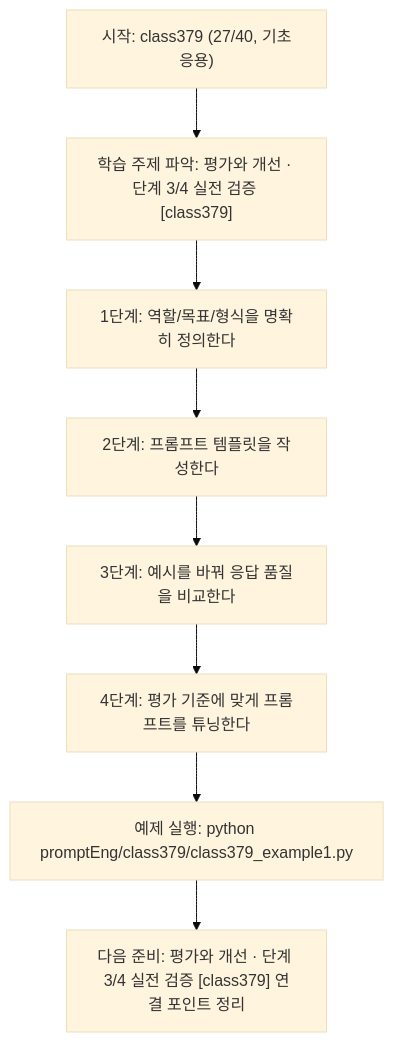
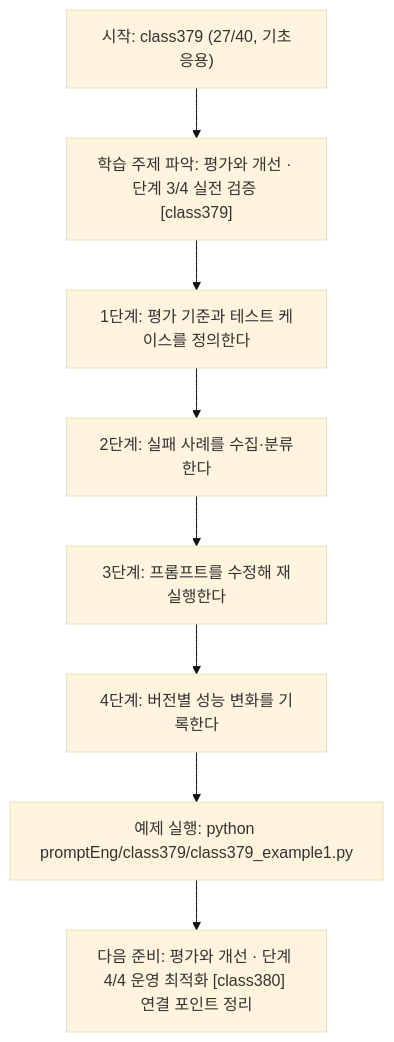
One commit to edumgt/Python-AI_Agent-Class changed the diagram in promptEng/class379/class379.md. Above: the diagram before and after it, drawn with Mermaid (base theme). The commit also changed other lines of this file and 283 other files, not shown here.

````diff
--- a/promptEng/class379/class379.md
+++ b/promptEng/class379/class379.md
@@ -109,18 +91,18 @@
 ```mermaid
 flowchart TD
 N1["시작: class379 (27/40, 기초응용)"]
 N2["학습 주제 파악: 평가와 개선 · 단계 3/4 실전 검증 [class379]"]
-N3["1단계: 역할/목표/형식을 명확히 정의한다"]
-N4["2단계: 프롬프트 템플릿을 작성한다"]
-N5["3단계: 예시를 바꿔 응답 품질을 비교한다"]
-N6["4단계: 평가 기준에 맞게 프롬프트를 튜닝한다"]
+N3["1단계: 평가 기준과 테스트 케이스를 정의한다"]
+N4["2단계: 실패 사례를 수집·분류한다"]
+N5["3단계: 프롬프트를 수정해 재실행한다"]
+N6["4단계: 버전별 성능 변화를 기록한다"]
 N7["예제 실행: python promptEng/class379/class379_example1.py"]
-N8["다음 준비: 평가와 개선 · 단계 3/4 실전 검증 [class379] 연결 포인트 정리"]
+N8["다음 준비: 평가와 개선 · 단계 4/4 운영 최적화 [class380] 연결 포인트 정리"]
 N1 --> N2
 N2 --> N3
 N3 --> N4
 N4 --> N5
 N5 --> N6
 N6 --> N7
 N7 --> N8
 ```
````
